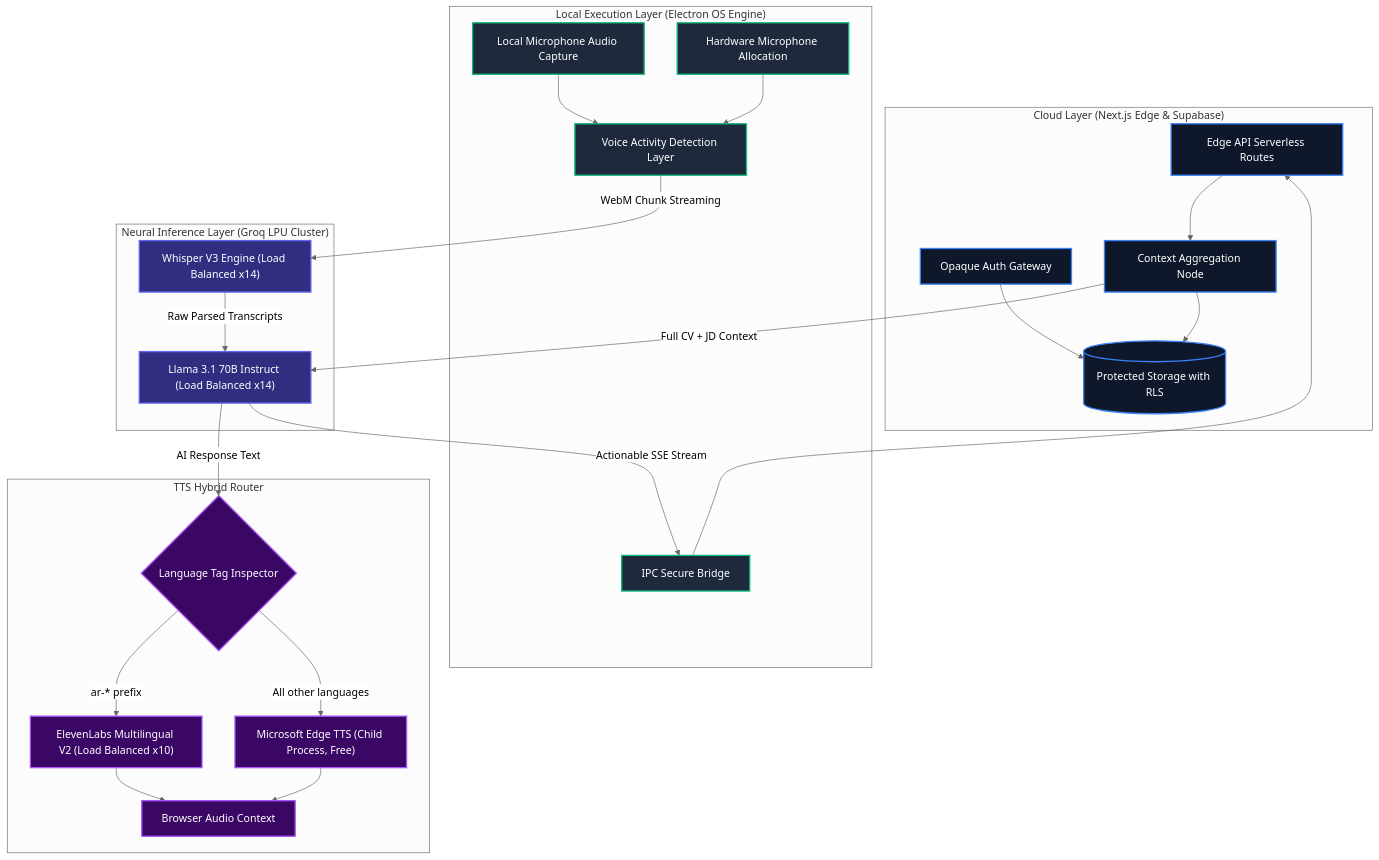
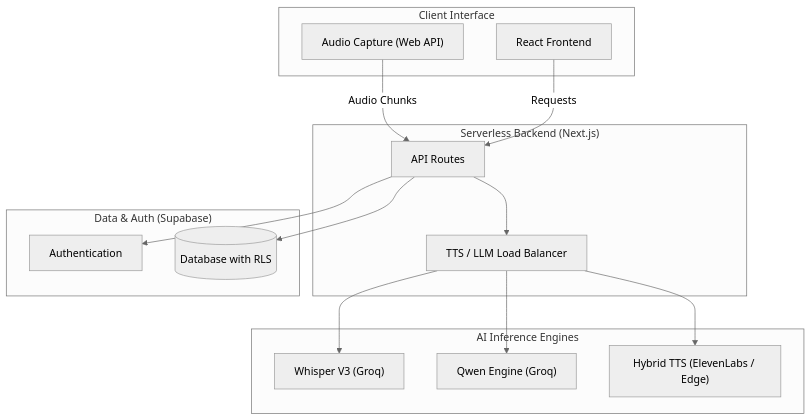
One commit to ziademad02153/ZEDX-AI-Assistant changed the first of 4 diagrams in README.md. Above: the diagram before and after it, drawn with Mermaid (neutral theme). The commit also changed other lines of this file and 1 other file, not shown here.

````diff
--- a/README.md
+++ b/README.md
@@ -67,39 +35,32 @@
 ```mermaid
 graph TD
-    subgraph CloudLayer ["Cloud Layer (Next.js Edge & Supabase)"]
-        AUTH["Opaque Auth Gateway"] --> DB[("Protected Storage with RLS")]
-        API["Edge API Serverless Routes"] --> CONTEXT_SERVER["Context Aggregation Node"]
-        CONTEXT_SERVER --> DB
+    subgraph Client ["Client Interface"]
+        UI["React Frontend"] 
+        MIC["Audio Capture (Web API)"] 
     end
 
-    subgraph LocalExecutionLayer ["Local Execution Layer (Electron OS Engine)"]
-        SYS["Local Microphone Audio Capture"] --> VAD["Voice Activity Detection Layer"]
-        MIC["Hardware Microphone Allocation"] --> VAD
-        IPC["IPC Secure Bridge"] --> API
+    subgraph Backend ["Serverless Backend (Next.js)"]
+        API["API Routes"] 
+        ROUTER["TTS / LLM Load Balancer"]
     end
 
-    subgraph NeuralInferenceLayer ["Neural Inference Layer (Groq LPU Cluster)"]
-        VAD -- "WebM Chunk Streaming" --> WHISPER["Whisper V3 Engine (Load Balanced x14)"]
-        WHISPER -- "Raw Parsed Transcripts" --> LLM["Llama 3.1 70B Instruct (Load Balanced x14)"]
-        CONTEXT_SERVER -- "Full CV + JD Context" --> LLM
-        LLM -- "Actionable SSE Stream" --> IPC
+    subgraph CloudLayer ["Data & Auth (Supabase)"]
+        AUTH["Authentication"] 
+        DB[("Database with RLS")]
     end
 
-    subgraph TTSHybridLayer ["TTS Hybrid Router"]
-        LLM -- "AI Response Text" --> LANG_DETECT{"Language Tag Inspector"}
-        LANG_DETECT -- "ar-* prefix" --> ELEVEN["ElevenLabs Multilingual V2 (Load Balanced x10)"]
-        LANG_DETECT -- "All other languages" --> EDGE["Microsoft Edge TTS (Child Process, Free)"]
-        ELEVEN --> AUDIO_OUT["Browser Audio Context"]
-        EDGE --> AUDIO_OUT
+    subgraph AI_Engines ["AI Inference Engines"]
+        STT["Whisper V3 (Groq)"]
+        LLM["Qwen Engine (Groq)"]
+        TTS["Hybrid TTS (ElevenLabs / Edge)"]
     end
 
-    classDef cloud fill:#0f172a,stroke:#3b82f6,stroke-width:2px,color:#fff;
-    classDef local fill:#1e293b,stroke:#10b981,stroke-width:2px,color:#fff;
-    classDef neural fill:#312e81,stroke:#6366f1,stroke-width:2px,color:#fff;
-    classDef tts fill:#3b0764,stroke:#a855f7,stroke-width:2px,color:#fff;
-
-    class AUTH,DB,API,CONTEXT_SERVER cloud;
-    class SYS,MIC,VAD,IPC local;
-    class WHISPER,LLM neural;
-    class LANG_DETECT,ELEVEN,EDGE,AUDIO_OUT tts;
+    MIC -->|Audio Chunks| API
+    UI -->|Requests| API
+    API --> ROUTER
+    ROUTER --> STT
+    ROUTER --> LLM
+    ROUTER --> TTS
+    API --> AUTH
+    API --> DB
 ```
````
